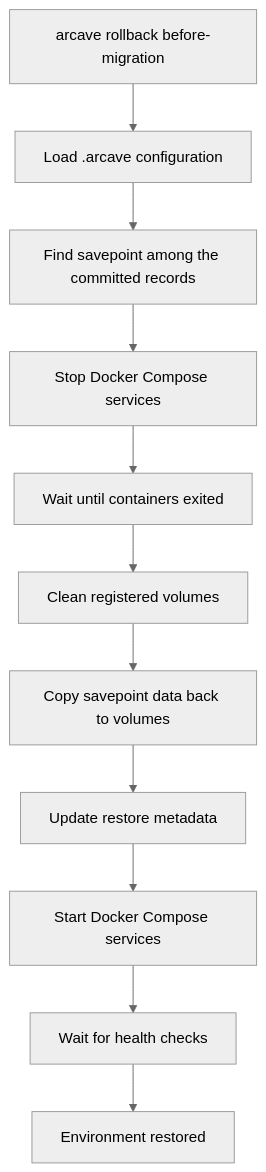
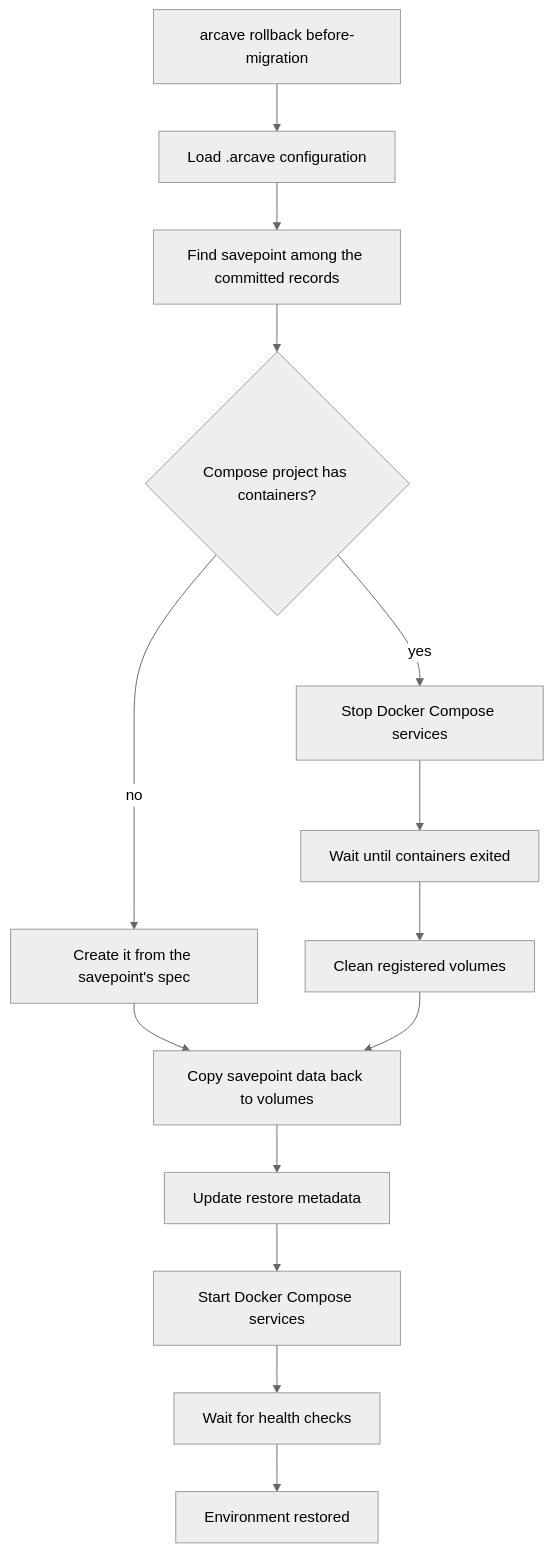
Before and after one commit to GreenmaskIO/arcave: the second of 2 diagrams in doc/spec.md, drawn with Mermaid (neutral theme). The commit also changed other lines of this file and 24 other files, not shown here.

First line of the commit message:
feat: roll back into a compose project that has no containers

````diff
--- a/doc/spec.md
+++ b/doc/spec.md
@@ -110,14 +110,17 @@
 ```mermaid
 flowchart TD
     A["arcave rollback before-migration"]
     A --> B["Load .arcave configuration"]
     B --> C["Find savepoint among the committed records"]
-    C --> D["Stop Docker Compose services"]
+    C --> R{"Compose project has containers?"}
+    R -- no --> X["Create it from the savepoint's spec"]
+    X --> G
+    R -- yes --> D["Stop Docker Compose services"]
     D --> E["Wait until containers exited"]
     E --> F["Clean registered volumes"]
     F --> G["Copy savepoint data back to volumes"]
     G --> H["Update restore metadata"]
     H --> I["Start Docker Compose services"]
     I --> J["Wait for health checks"]
     J --> K["Environment restored"]
 ```
````
